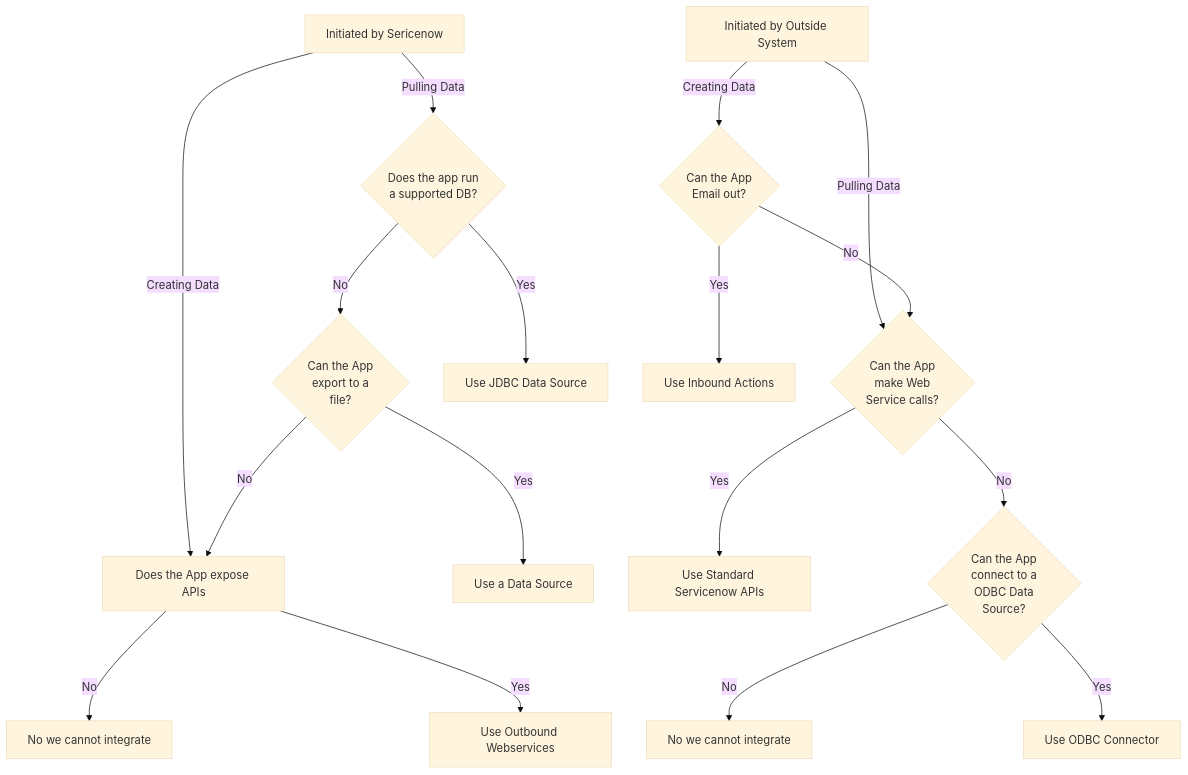
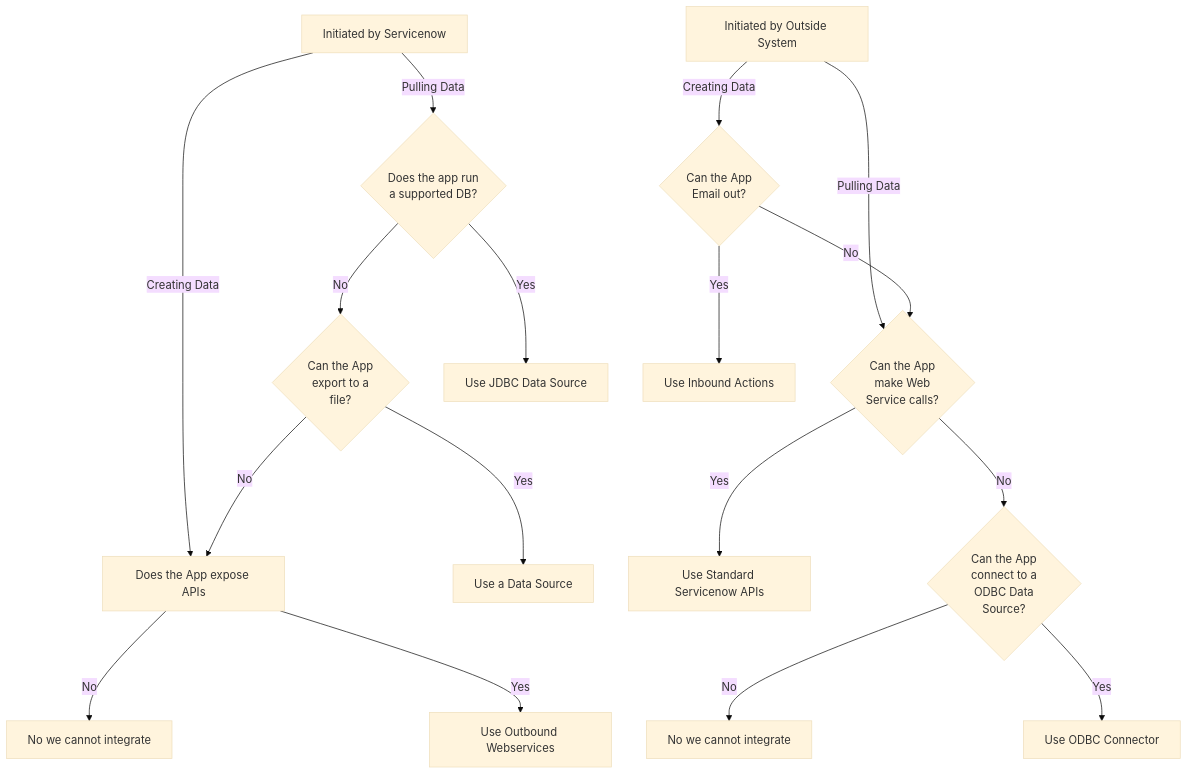
Before and after one commit to jacebenson/workflow: the diagram in public/mmd/integrate.mmd, drawn with Mermaid (base theme).

```diff
--- a/public/mmd/integrate.mmd
+++ b/public/mmd/integrate.mmd
@@ -1,40 +1,40 @@
 graph TD
   
-  InitSN[Initiated by Sericenow]
+  InitSN[Initiated by Servicenow]
   InitOut[Initiated by Outside System]
   AppRunsSupportedDB{Does the app run<br/> a supported DB?}
   AppExportToFile{Can the App<br/> export to a<br/> file?}
   AppWSCalls{Can the App<br/> make Web<br/> Service calls?}
   AppEmail{Can the App<br/> Email out?}
   AppODBCDataSource{Can the App<br/> connect to a<br/> ODBC Data<br/> Source?}
 
   UseDataSource[Use a Data Source]
   UseJDBCDataSource[Use JDBC Data Source]
   UseOutboundWS[Use Outbound Webservices]
   UseInboundActions[Use Inbound Actions]
   UseStandardSNWS[Use Standard Servicenow APIs]
   UseOBDCConnector[Use ODBC Connector]
   AppExposesAPIs[Does the App expose APIs]
   No1[No we cannot integrate]
   No2[No we cannot integrate]
 
 
 
   InitSN            -- Pulling Data -->AppRunsSupportedDB
   InitSN            -- Creating Data-->AppExposesAPIs
   AppRunsSupportedDB-- No           -->AppExportToFile
   AppRunsSupportedDB-- Yes          -->UseJDBCDataSource
   AppExportToFile   -- No           -->AppExposesAPIs
   AppExportToFile   -- Yes          -->UseDataSource
   AppExposesAPIs    -- No           -->No1
   AppExposesAPIs    -- Yes          -->UseOutboundWS
 
 
   InitOut           -- Pulling Data -->AppWSCalls
   InitOut           -- Creating Data-->AppEmail
   AppEmail          -- No           -->AppWSCalls
   AppEmail          -- Yes          -->UseInboundActions
   AppWSCalls        -- No           -->AppODBCDataSource
   AppWSCalls        -- Yes          -->UseStandardSNWS
   AppODBCDataSource -- No           -->No2
   AppODBCDataSource -- Yes          -->UseOBDCConnector
```
